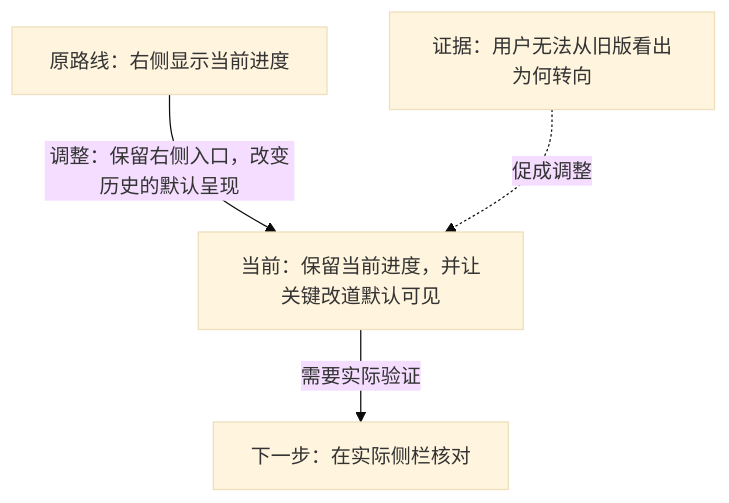
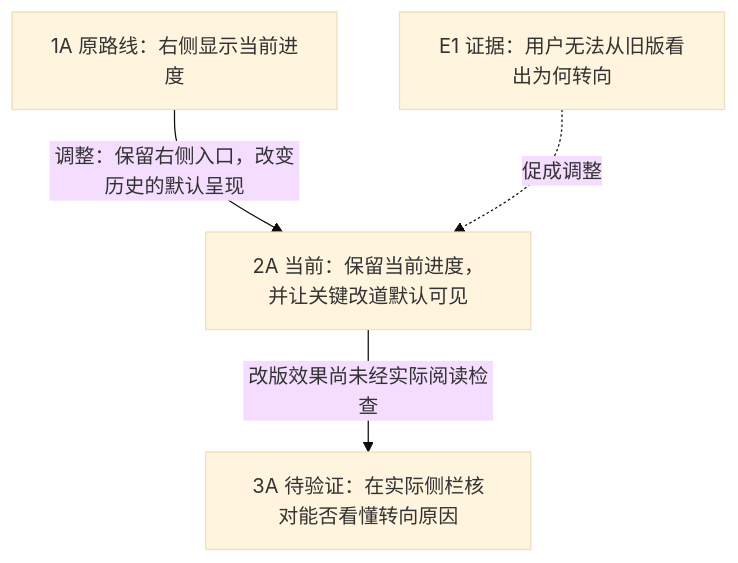
Before and after one commit to pieable/dragon-ball-agent: the second of 2 diagrams in skills/workflow-route-mapper/references/route-graph.md, drawn with Mermaid (base theme). The commit also changed other lines of this file and 297 other files, not shown here.

````diff
--- a/skills/workflow-route-mapper/references/route-graph.md
+++ b/skills/workflow-route-mapper/references/route-graph.md
@@ -22,10 +61,10 @@
 ```mermaid
 flowchart TD
-  Base["原路线：右侧显示当前进度"]
-  Revised["当前：保留当前进度，并让关键改道默认可见"]
-  Evidence["证据：用户无法从旧版看出为何转向"]
-  Next["下一步：在实际侧栏核对"]
-  Base -->|"调整：保留右侧入口，改变历史的默认呈现"| Revised
-  Evidence -.->|"促成调整"| Revised
-  Revised -->|"需要实际验证"| Next
+  N1A["1A 原路线：右侧显示当前进度"]
+  N2A["2A 当前：保留当前进度，并让关键改道默认可见"]
+  E1["E1 证据：用户无法从旧版看出为何转向"]
+  N3A["3A 待验证：在实际侧栏核对能否看懂转向原因"]
+  N1A -->|"调整：保留右侧入口，改变历史的默认呈现"| N2A
+  E1 -.->|"促成调整"| N2A
+  N2A -->|"改版效果尚未经实际阅读检查"| N3A
 ```
````
